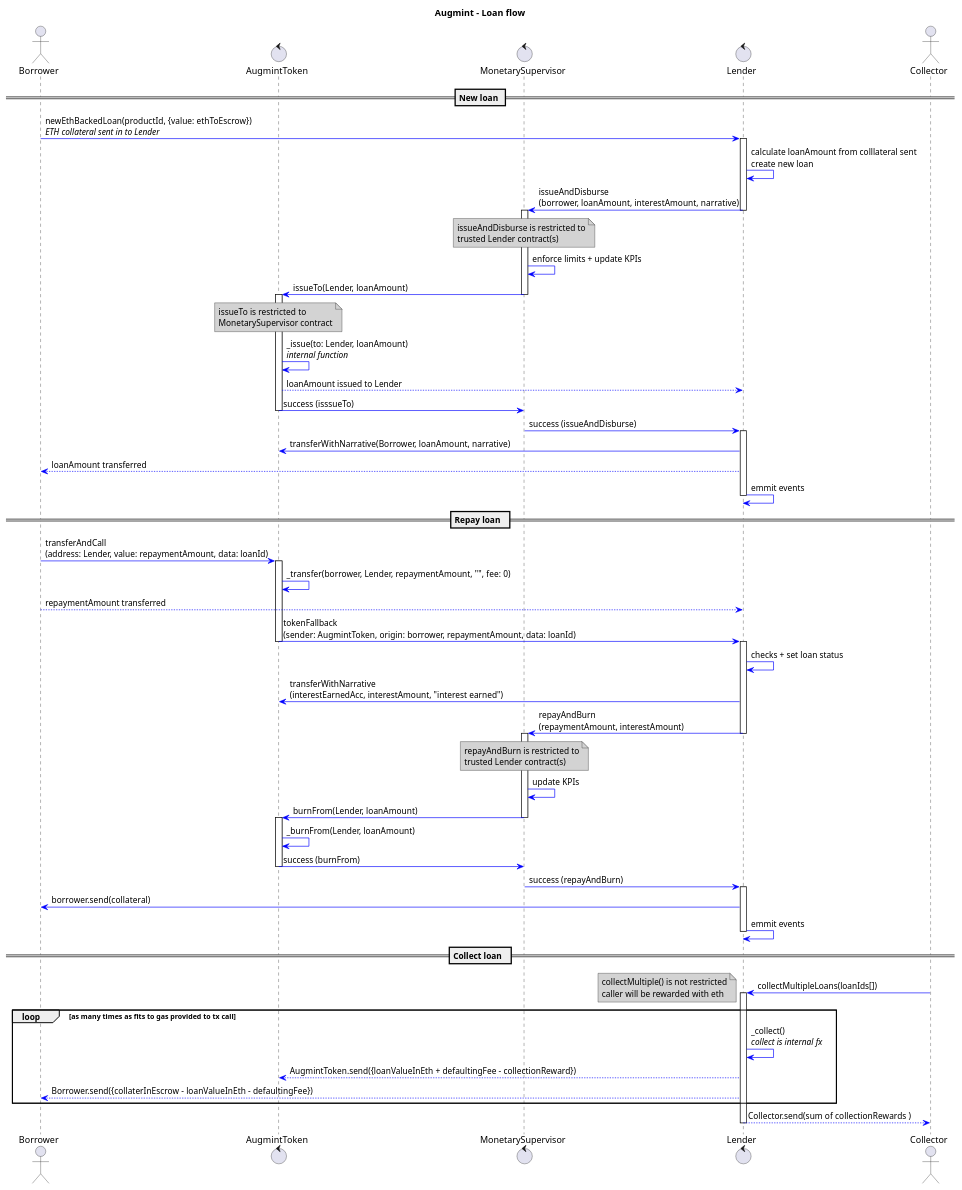
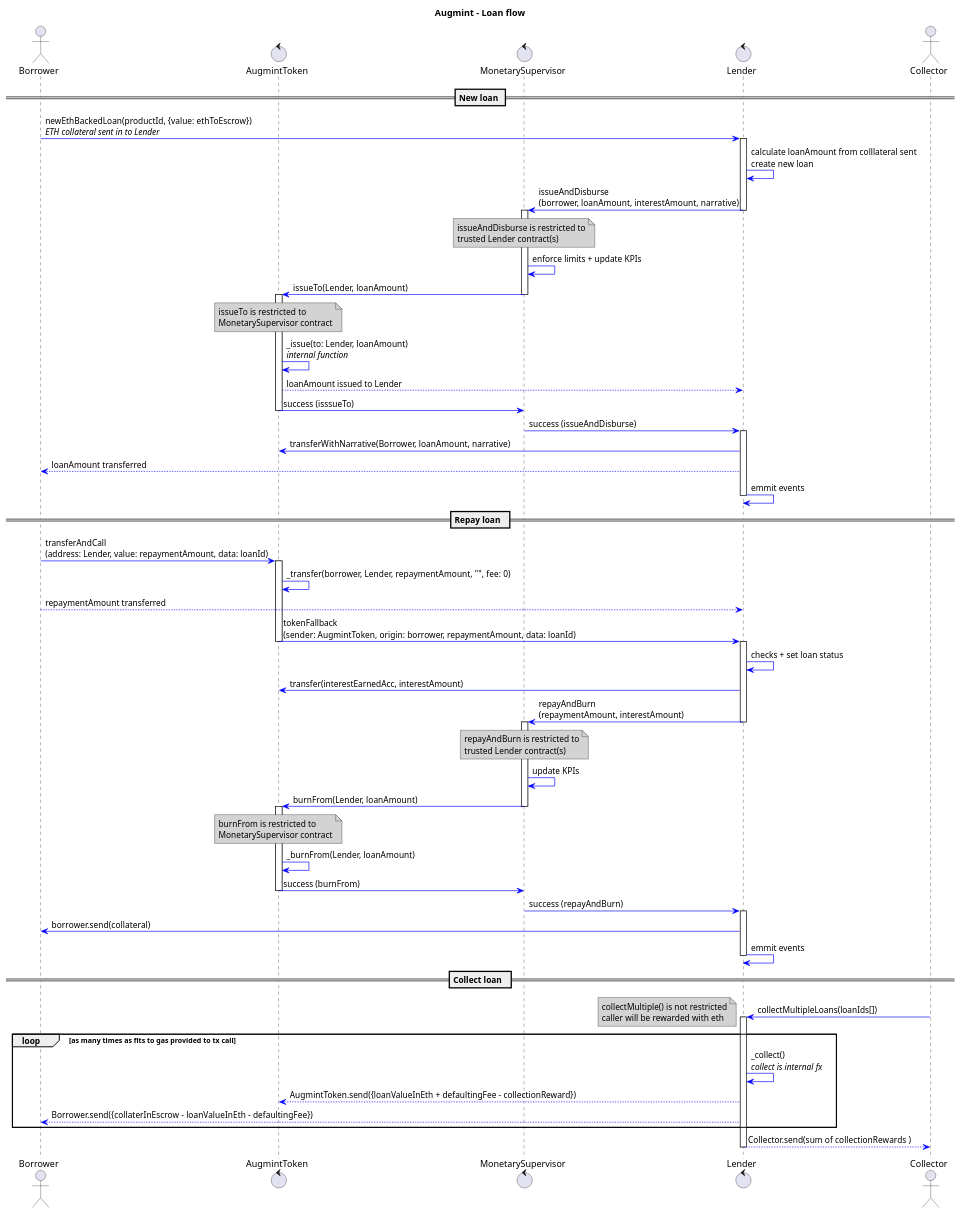
Before and after one commit to Augmint/augmint-contracts: the diagram in docs/loanFlow.plantuml, drawn with PlantUML. The commit also changed 1 other file, not shown here.

Commit message:
replaced transferWithNarrative with standard transfer for interest transfer

```diff
--- a/docs/loanFlow.plantuml
+++ b/docs/loanFlow.plantuml
@@ -1,100 +1,104 @@
 @startuml
 title **Augmint** - Loan flow
 skinparam ArrowColor #blue
 skinparam noteBackgroundColor #lightgrey
 
 actor Borrower
 control AugmintToken
 control MonetarySupervisor
 control Lender
 actor Collector
 
 == New loan ==
 Borrower -> Lender : newEthBackedLoan(productId, {value: ethToEscrow})\n//ETH collateral sent in to Lender//
 
 activate Lender
     Lender -> Lender : calculate loanAmount from colllateral sent\ncreate new loan
     Lender -> MonetarySupervisor : issueAndDisburse\n(borrower, loanAmount, interestAmount, narrative)
 deactivate Lender
 
 activate MonetarySupervisor
     note over MonetarySupervisor
         issueAndDisburse is restricted to
         trusted Lender contract(s)
     end note
     MonetarySupervisor -> MonetarySupervisor : enforce limits + update KPIs
     MonetarySupervisor -> AugmintToken : issueTo(Lender, loanAmount)
 deactivate MonetarySupervisor
 
 activate AugmintToken
     note over AugmintToken
         issueTo is restricted to
         MonetarySupervisor contract
     end note
     AugmintToken -> AugmintToken : _issue(to: Lender, loanAmount)\n//internal function//
     AugmintToken --> Lender : loanAmount issued to Lender
     AugmintToken -> MonetarySupervisor : success (isssueTo)
 deactivate AugmintToken
 
 MonetarySupervisor -> Lender : success (issueAndDisburse)
 
 activate Lender
     Lender -> AugmintToken : transferWithNarrative(Borrower, loanAmount, narrative)
     Lender --> Borrower : loanAmount transferred
     Lender -> Lender : emmit events
 deactivate Lender
 
 
 == Repay loan  ==
 Borrower -> AugmintToken : transferAndCall\n(address: Lender, value: repaymentAmount, data: loanId)
 
 activate AugmintToken
     AugmintToken -> AugmintToken : _transfer(borrower, Lender, repaymentAmount, "", fee: 0)
     Borrower --> Lender : repaymentAmount transferred
     AugmintToken -> Lender : tokenFallback\n(sender: AugmintToken, origin: borrower, repaymentAmount, data: loanId)
 deactivate AugmintToken
 
 activate Lender
     Lender -> Lender : checks + set loan status
-    Lender -> AugmintToken : transferWithNarrative\n(interestEarnedAcc, interestAmount, "interest earned")
+    Lender -> AugmintToken : transfer(interestEarnedAcc, interestAmount)
     Lender -> MonetarySupervisor : repayAndBurn\n(repaymentAmount, interestAmount)
     note over MonetarySupervisor
         repayAndBurn is restricted to
         trusted Lender contract(s)
     end note
 deactivate Lender
 
 activate MonetarySupervisor
     MonetarySupervisor -> MonetarySupervisor : update KPIs
     MonetarySupervisor -> AugmintToken : burnFrom(Lender, loanAmount)
+    note over AugmintToken
+        burnFrom is restricted to
+        MonetarySupervisor contract
+    end note
 deactivate MonetarySupervisor
 
 activate AugmintToken
     AugmintToken -> AugmintToken : _burnFrom(Lender, loanAmount)
     AugmintToken -> MonetarySupervisor : success (burnFrom)
 deactivate AugmintToken
 
 MonetarySupervisor -> Lender : success (repayAndBurn)
 
 activate Lender
 Lender -> Borrower : borrower.send(collateral)
 Lender -> Lender : emmit events
 deactivate Lender
 
 == Collect loan  ==
 Collector -> Lender : collectMultipleLoans(loanIds[])
 note left
     collectMultiple() is not restricted
     caller will be rewarded with eth
 end note
 activate Lender
 
 loop as many times as fits to gas provided to tx call
     Lender -> Lender : _collect()\n//collect is internal fx//
     Lender --> AugmintToken : AugmintToken.send({loanValueInEth + defaultingFee - collectionReward})
     Lender --> Borrower : Borrower.send({collaterInEscrow - loanValueInEth - defaultingFee})
 end
 Lender --> Collector : Collector.send(sum of collectionRewards )
 
 deactivate Lender
 @enduml
```
